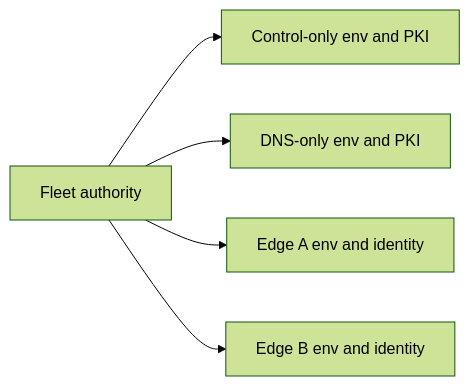
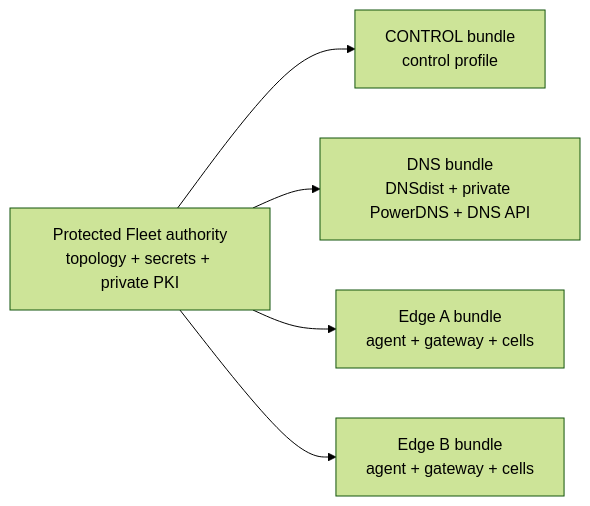
The diagram in docs/deployment/production-fleet-operator-guide.md (vaheed/CDNFoundry), drawn with Mermaid (forest theme) before and after one commit. The commit also changed other lines of this file and 23 other files, not shown here.

````diff
--- a/docs/deployment/production-fleet-operator-guide.md
+++ b/docs/deployment/production-fleet-operator-guide.md
@@ -8,7 +8,7 @@
 ```mermaid
 flowchart LR
-  A[Fleet authority] --> C[Control-only env and PKI]
-  A --> D[DNS-only env and PKI]
-  A --> E1[Edge A env and identity]
-  A --> E2[Edge B env and identity]
+  A["Protected Fleet authority<br/>topology + secrets + private PKI"] --> C["CONTROL bundle<br/>control profile"]
+  A --> D["DNS bundle<br/>DNSdist + private PowerDNS + DNS API"]
+  A --> E1["Edge A bundle<br/>agent + gateway + cells"]
+  A --> E2["Edge B bundle<br/>agent + gateway + cells"]
 ```
````
